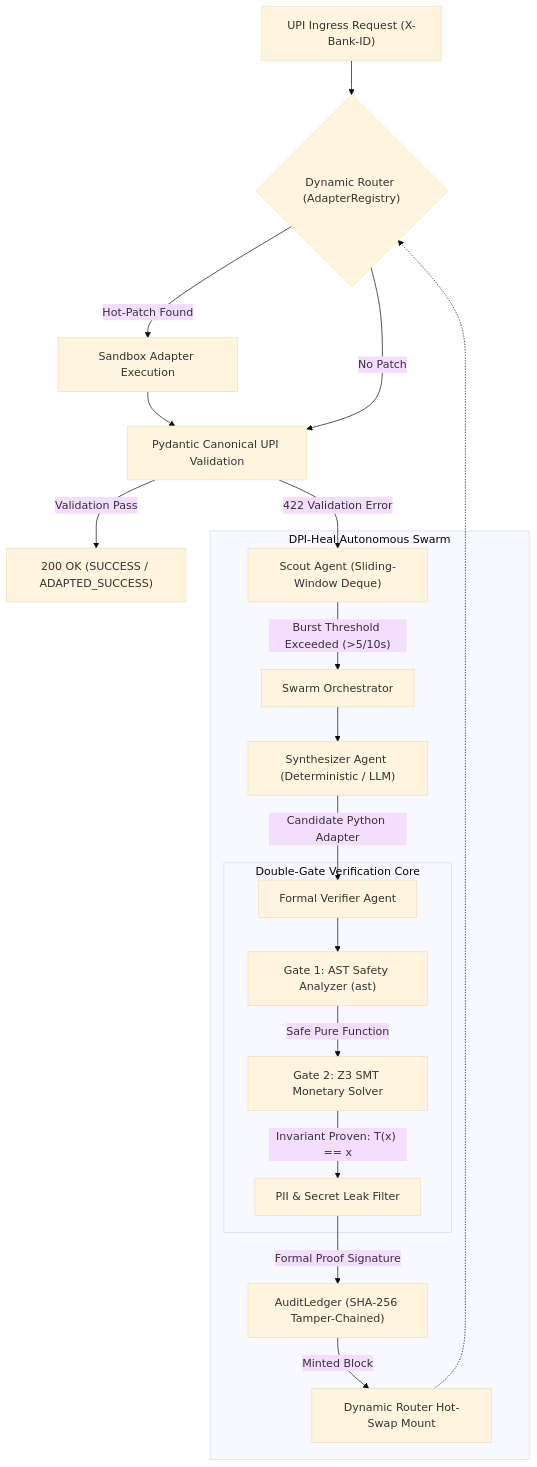
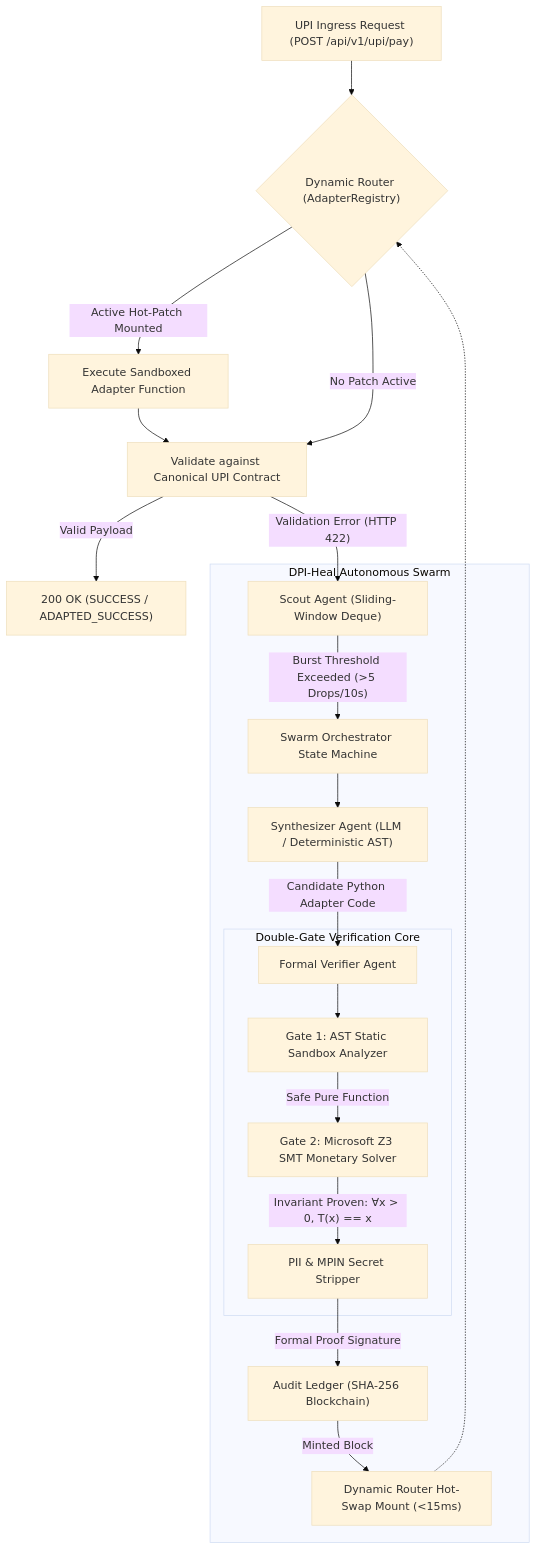
The diagram in README.md (atharvchakrawar/dpi-heal), drawn with Mermaid (base theme) before and after one commit. The commit also changed other lines of this file and 1 other file, not shown here.

````diff
--- a/README.md
+++ b/README.md
@@ -18,26 +59,26 @@
 ```mermaid
 flowchart TD
-    Ingress["UPI Ingress Request (X-Bank-ID)"] --> Router{"Dynamic Router (AdapterRegistry)"}
-    Router -- "Hot-Patch Found" --> Adapter["Sandbox Adapter Execution"]
-    Adapter --> GatewayValidate["Pydantic Canonical UPI Validation"]
-    Router -- "No Patch" --> GatewayValidate
-    GatewayValidate -- "Validation Pass" --> Success["200 OK (SUCCESS / ADAPTED_SUCCESS)"]
-    GatewayValidate -- "422 Validation Error" --> Scout["Scout Agent (Sliding-Window Deque)"]
+    Ingress["UPI Ingress Request (POST /api/v1/upi/pay)"] --> Router{"Dynamic Router (AdapterRegistry)"}
+    Router -- "Active Hot-Patch Mounted" --> Adapter["Execute Sandboxed Adapter Function"]
+    Adapter --> GatewayValidate["Validate against Canonical UPI Contract"]
+    Router -- "No Patch Active" --> GatewayValidate
+    GatewayValidate -- "Valid Payload" --> Success["200 OK (SUCCESS / ADAPTED_SUCCESS)"]
+    GatewayValidate -- "Validation Error (HTTP 422)" --> Scout["Scout Agent (Sliding-Window Deque)"]
     
     subgraph Swarm ["DPI-Heal Autonomous Swarm"]
-        Scout -- "Burst Threshold Exceeded (>5/10s)" --> Orchestrator["Swarm Orchestrator"]
-        Orchestrator --> Synthesizer["Synthesizer Agent (Deterministic / LLM)"]
-        Synthesizer -- "Candidate Python Adapter" --> Verifier["Formal Verifier Agent"]
+        Scout -- "Burst Threshold Exceeded (>5 Drops/10s)" --> Orchestrator["Swarm Orchestrator State Machine"]
+        Orchestrator --> Synthesizer["Synthesizer Agent (LLM / Deterministic AST)"]
+        Synthesizer -- "Candidate Python Adapter Code" --> Verifier["Formal Verifier Agent"]
         
         subgraph DoubleGate ["Double-Gate Verification Core"]
-            Verifier --> Gate1["Gate 1: AST Safety Analyzer (ast)"]
-            Gate1 -- "Safe Pure Function" --> Gate2["Gate 2: Z3 SMT Monetary Solver"]
-            Gate2 -- "Invariant Proven: T(x) == x" --> PII["PII & Secret Leak Filter"]
+            Verifier --> Gate1["Gate 1: AST Static Sandbox Analyzer"]
+            Gate1 -- "Safe Pure Function" --> Gate2["Gate 2: Microsoft Z3 SMT Monetary Solver"]
+            Gate2 -- "Invariant Proven: ∀x > 0, T(x) == x" --> PII["PII & MPIN Secret Stripper"]
         end
         
-        PII -- "Formal Proof Signature" --> Ledger["AuditLedger (SHA-256 Tamper-Chained)"]
-        Ledger -- "Minted Block" --> Mount["Dynamic Router Hot-Swap Mount"]
+        PII -- "Formal Proof Signature" --> Ledger["Audit Ledger (SHA-256 Blockchain)"]
+        Ledger -- "Minted Block" --> Mount["Dynamic Router Hot-Swap Mount (<15ms)"]
     end
     
     Mount -.-> Router
 ```
````
